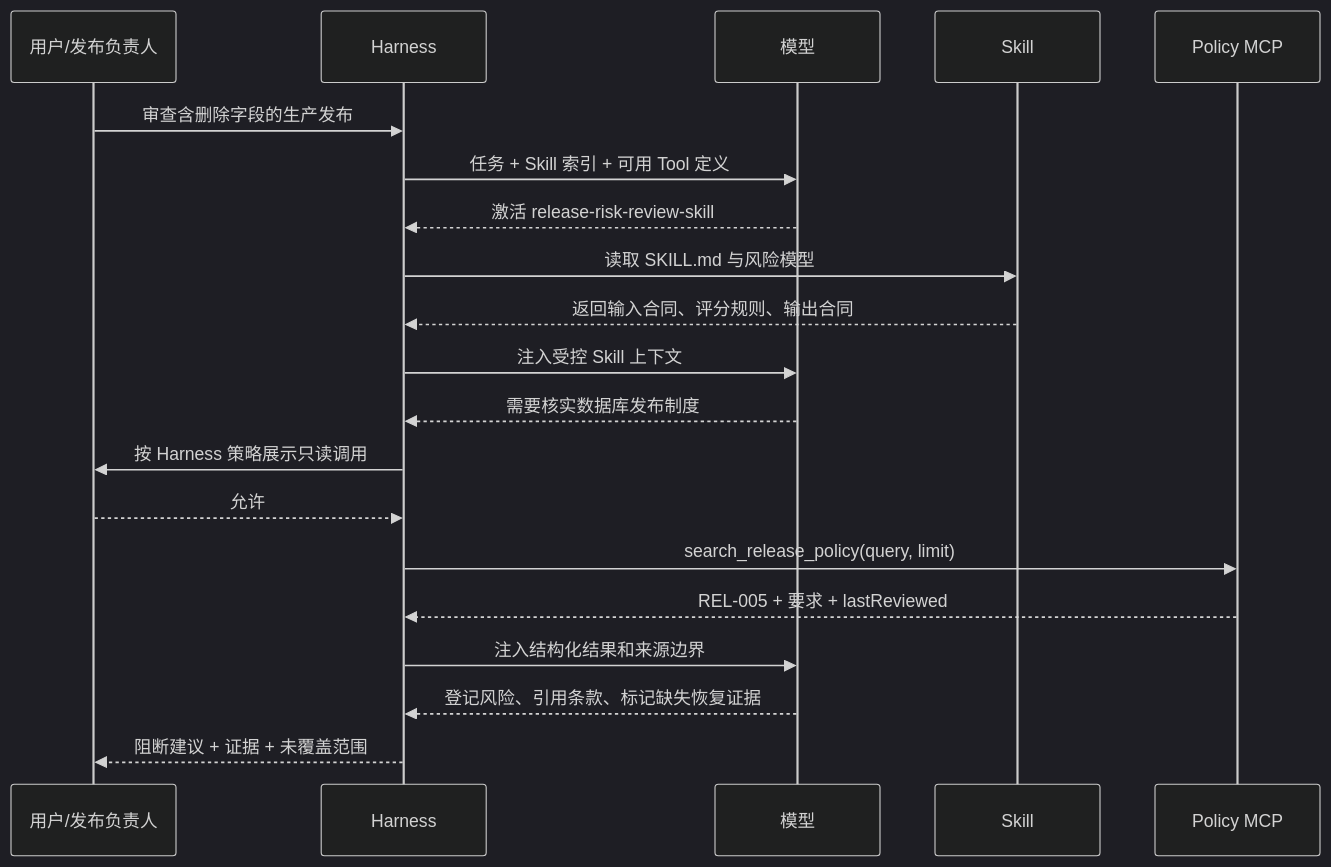
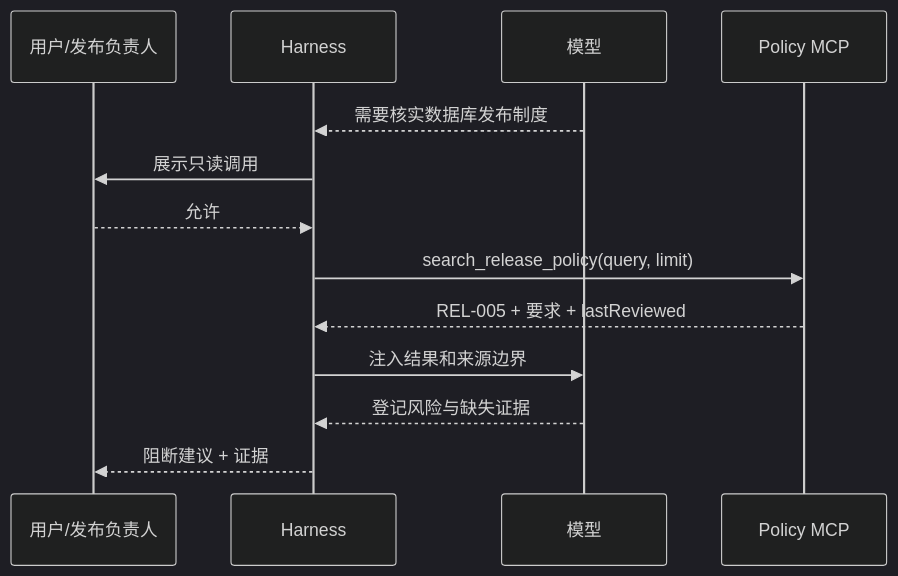
Before and after one commit to FoLaJJ/agent-systems-notes: the fourth of 8 diagrams in docs/14-skill-mcp-together.md, drawn with Mermaid (dark theme). The commit also changed other lines of this file and 11 other files, not shown here.

Commit message:
Improve Mermaid diagram readability

````diff
--- a/docs/14-skill-mcp-together.md
+++ b/docs/14-skill-mcp-together.md
@@ -97,22 +111,15 @@
 ```mermaid
 sequenceDiagram
     participant U as 用户/发布负责人
     participant H as Harness
     participant L as 模型
-    participant S as Skill
     participant M as Policy MCP
-    U->>H: 审查含删除字段的生产发布
-    H->>L: 任务 + Skill 索引 + 可用 Tool 定义
-    L-->>H: 激活 release-risk-review-skill
-    H->>S: 读取 SKILL.md 与风险模型
-    S-->>H: 返回输入合同、评分规则、输出合同
-    H->>L: 注入受控 Skill 上下文
     L-->>H: 需要核实数据库发布制度
-    H->>U: 按 Harness 策略展示只读调用
+    H->>U: 展示只读调用
     U-->>H: 允许
     H->>M: search_release_policy(query, limit)
     M-->>H: REL-005 + 要求 + lastReviewed
-    H->>L: 注入结构化结果和来源边界
-    L-->>H: 登记风险、引用条款、标记缺失恢复证据
-    H-->>U: 阻断建议 + 证据 + 未覆盖范围
+    H->>L: 注入结果和来源边界
+    L-->>H: 登记风险与缺失证据
+    H-->>U: 阻断建议 + 证据
 ```
````
